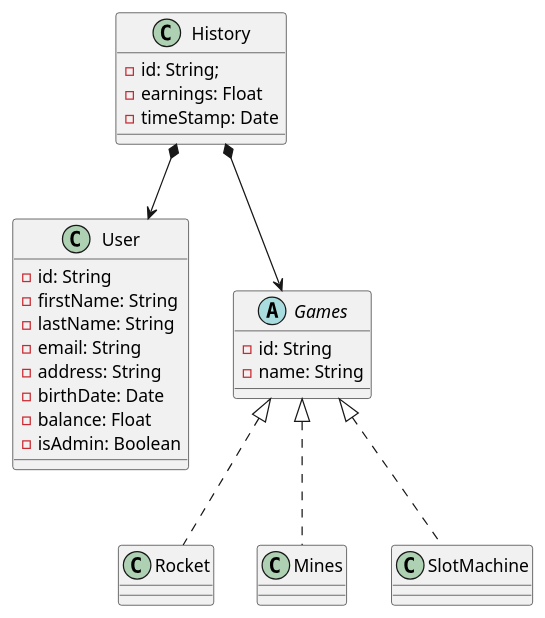
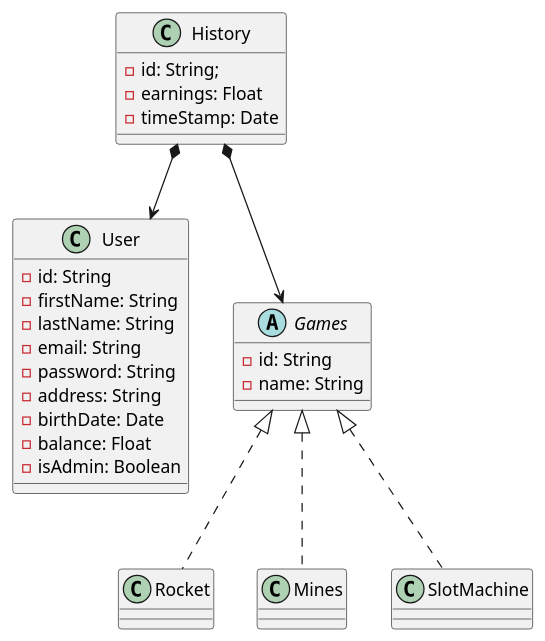
The third of 3 diagrams in README.md (jojo-jrd/Ensimag-CasiDio), drawn with PlantUML before and after one commit.

Commit message:
[FIX] adding pasword to user

````diff
--- a/README.md
+++ b/README.md
@@ -131,34 +131,35 @@
 ```plantuml
 class User{
   -id: String
   -firstName: String
   -lastName: String
   -email: String
+  -password: String
   -address: String
   -birthDate: Date
   -balance: Float
   -isAdmin: Boolean
 }
 
 abstract Games{
   -id: String
   -name: String
 }
 
 class Rocket implements Games{
 }
 class Mines implements Games{
 }
 class SlotMachine implements Games{
 }
 
 class History{
  -id: String;
  -earnings: Float
  -timeStamp: Date
 }
 
 
 History *--> User
 History *--> Games
 ```
````
